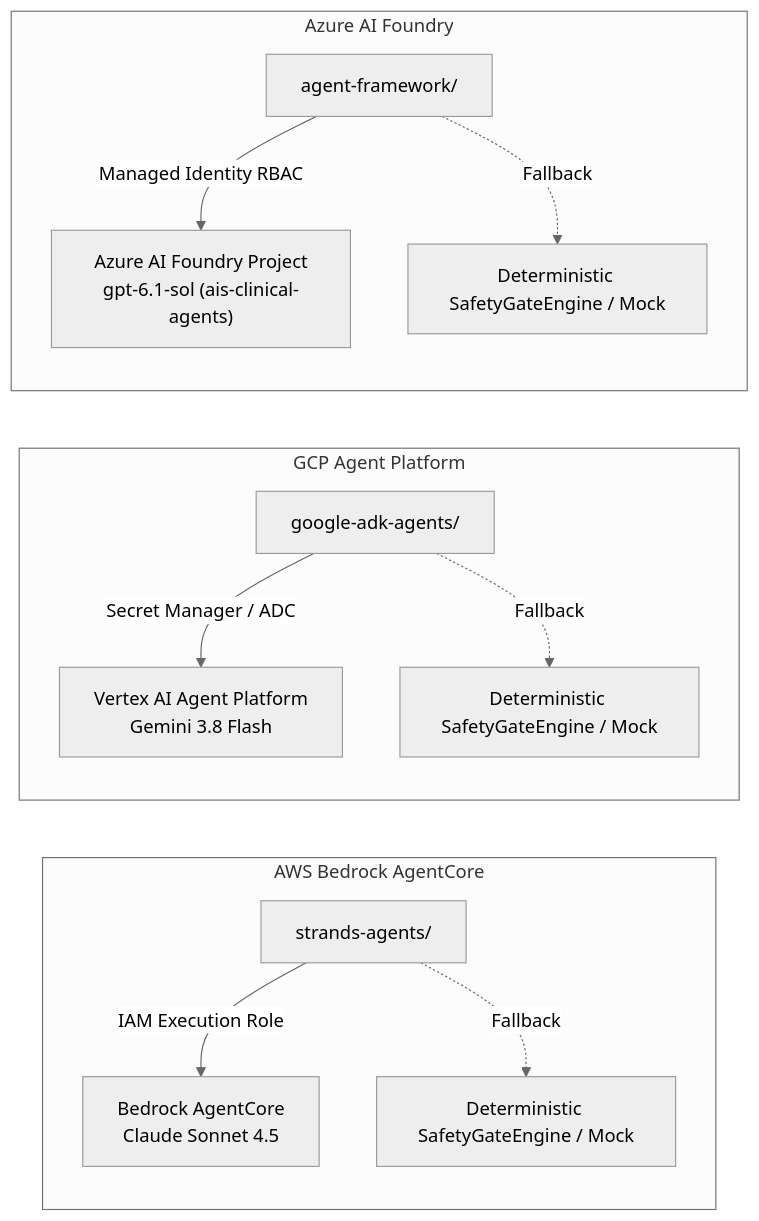
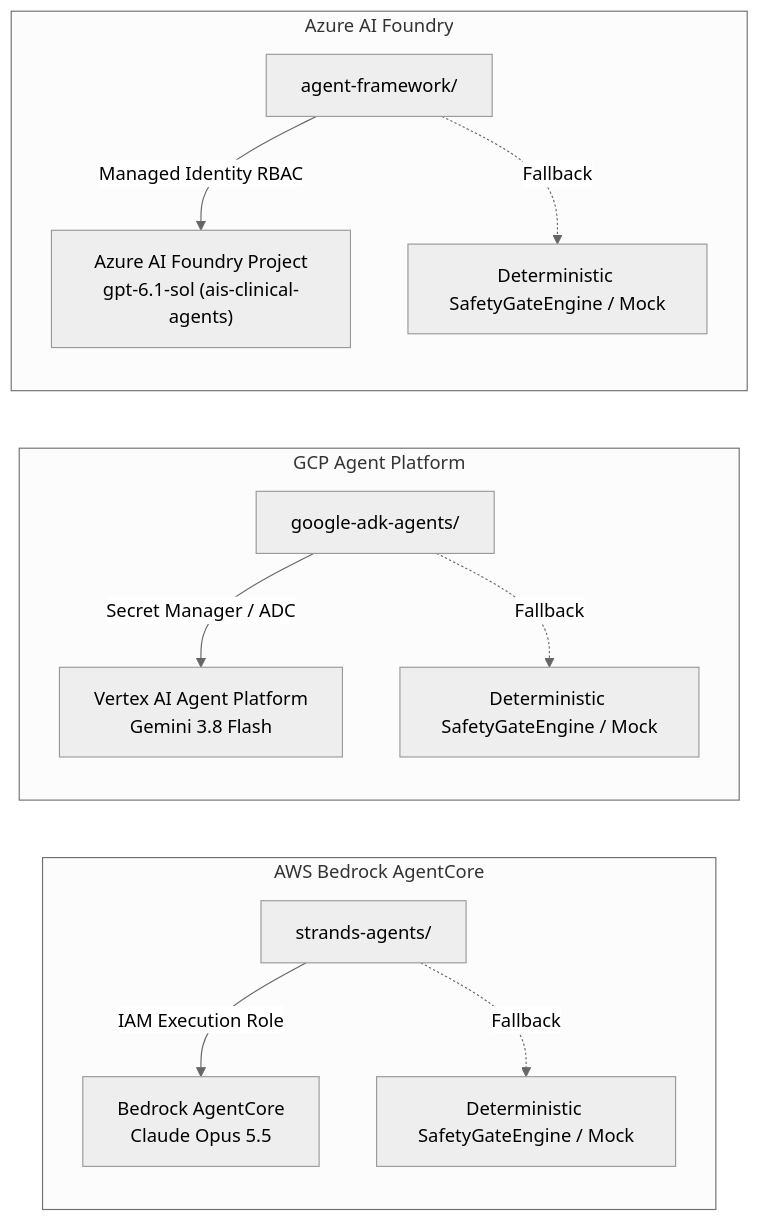
The second of 2 diagrams in deployment/README.md (amitpuri/multiagent-retrieval-gaps), drawn with Mermaid (neutral theme) before and after one commit. The commit also changed other lines of this file and 123 other files, not shown here.

````diff
--- a/deployment/README.md
+++ b/deployment/README.md
@@ -66,17 +66,17 @@
 ```mermaid
 flowchart LR
     subgraph AWS_Bedrock["AWS Bedrock AgentCore"]
-        Strands["strands-agents/"] -->|IAM Execution Role| Bedrock["Bedrock AgentCore\nClaude Sonnet 4.5"]
+        Strands["strands-agents/"] -->|IAM Execution Role| Bedrock["Bedrock AgentCore\nClaude Opus 5.5"]
         Strands -.->|Fallback| DetMock1["Deterministic SafetyGateEngine / Mock"]
     end
 
     subgraph GCP_Vertex["GCP Agent Platform"]
         ADK["google-adk-agents/"] -->|Secret Manager / ADC| VertexAI["Vertex AI Agent Platform\nGemini 3.8 Flash"]
         ADK -.->|Fallback| DetMock2["Deterministic SafetyGateEngine / Mock"]
     end
 
     subgraph Azure_Foundry["Azure AI Foundry"]
         MAF["agent-framework/"] -->|Managed Identity RBAC| AzureAI["Azure AI Foundry Project\ngpt-6.1-sol (ais-clinical-agents)"]
         MAF -.->|Fallback| DetMock3["Deterministic SafetyGateEngine / Mock"]
     end
 ```
````
